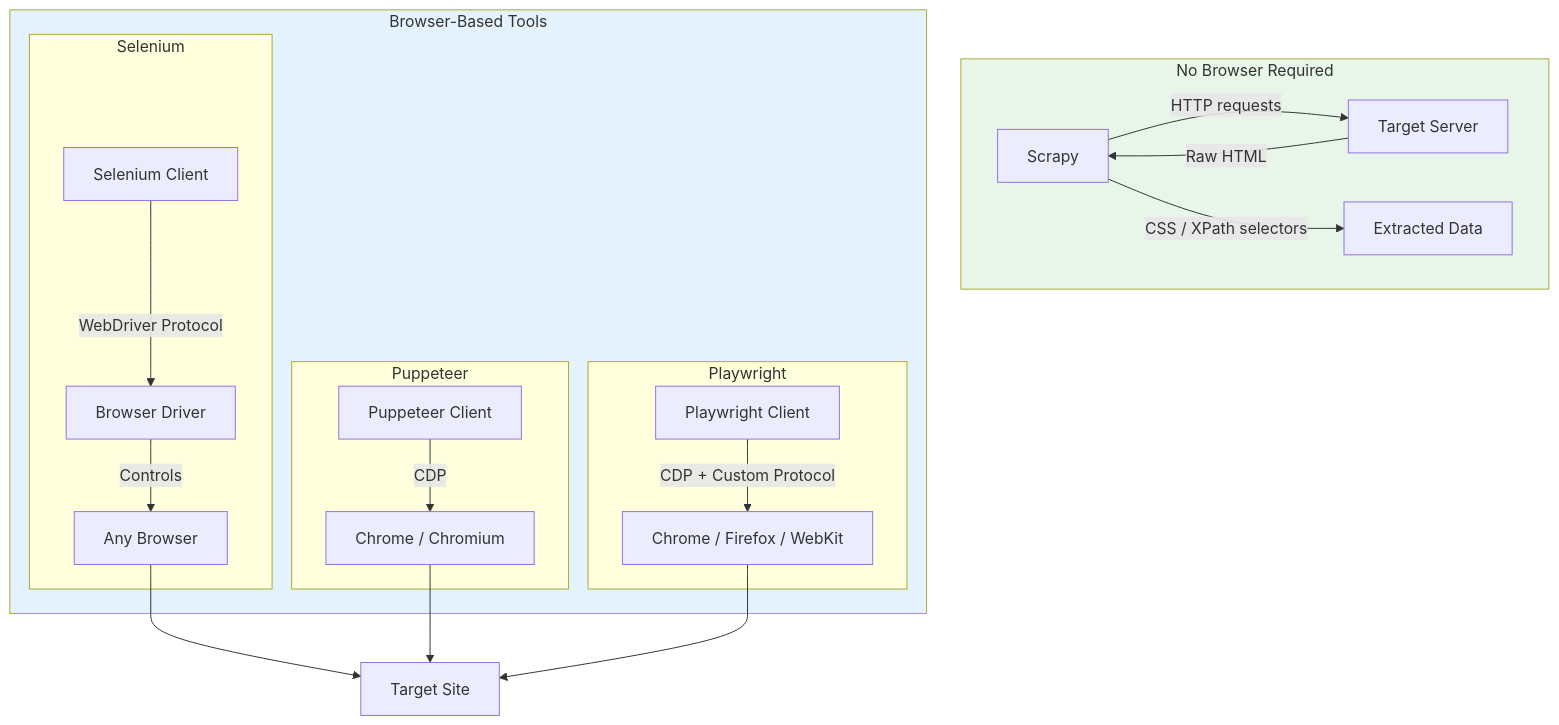
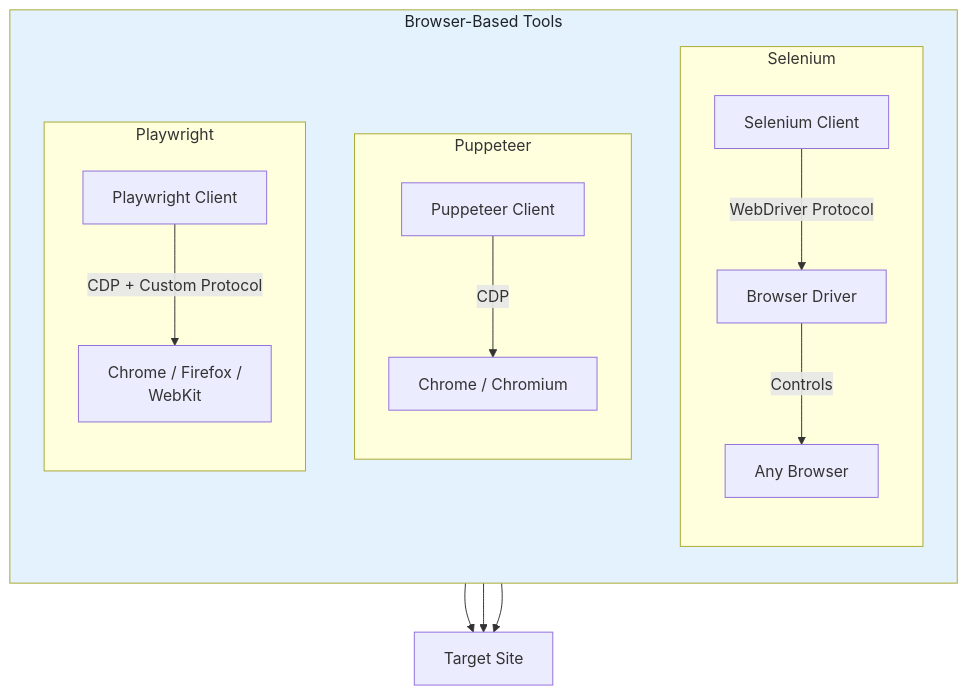
The second of 7 diagrams in _posts/2026-03-03-playwright-vs-puppeteer-vs-selenium-vs-scrapy-2026-mega-comparison.md (bytetunnels/bytetunnels.github.com), drawn with Mermaid before and after one commit. The commit also changed other lines of this file and 118 other files, not shown here.

Commit message:
feat: improve diagram styling and compact wide flowcharts

````diff
--- a/_posts/2026-03-03-playwright-vs-puppeteer-vs-selenium-vs-scrapy-2026-mega-comparison.md
+++ b/_posts/2026-03-03-playwright-vs-puppeteer-vs-selenium-vs-scrapy-2026-mega-comparison.md
@@ -19,31 +32,27 @@
 ```mermaid
 flowchart TD
-    subgraph NO_BROWSER["No Browser Required"]
-        SCRAPY["Scrapy"]
-        SCRAPY -->|"HTTP requests"| SERVER["Target Server"]
-        SERVER -->|"Raw HTML"| SCRAPY
-        SCRAPY -->|"CSS / XPath selectors"| DATA["Extracted Data"]
+    subgraph BROWSER_TOOLS["Browser-Based Tools"]
+        direction TB
+        subgraph SEL["Selenium"]
+            direction TB
+            SEL_CLIENT["Selenium Client"] -->|"WebDriver Protocol"| SEL_DRIVER["Browser Driver"]
+            SEL_DRIVER -->|"Controls"| SEL_BROWSER["Any Browser"]
     end
 
-    subgraph BROWSER_TOOLS["Browser-Based Tools"]
-        subgraph SEL["Selenium"]
-            SEL_CLIENT["Selenium Client"] -->|"WebDriver Protocol"| SEL_DRIVER["Browser Driver"]
-            SEL_DRIVER -->|"Controls"| SEL_BROWSER["Any Browser"]
-        end
-
         subgraph PUP["Puppeteer"]
+            direction TB
             PUP_CLIENT["Puppeteer Client"] -->|"CDP"| PUP_BROWSER["Chrome / Chromium"]
-        end
+    end
 
         subgraph PW["Playwright"]
-            PW_CLIENT["Playwright Client"] -->|"CDP + Custom Protocol"| PW_BROWSERS["Chrome / Firefox / WebKit"]
-        end
+            direction TB
+            PW_CLIENT["Playwright Client"] -->|"CDP + Custom Protocol"| PW_BROWSERS["Chrome / Firefox /<br/>WebKit"]
+    end
     end
 
     SEL_BROWSER --> TARGET["Target Site"]
     PUP_BROWSER --> TARGET
     PW_BROWSERS --> TARGET
 
-    style NO_BROWSER fill:#e8f5e9
-    style BROWSER_TOOLS fill:#e3f2fd
+    style BROWSER_TOOLS fill:#e3f2fd,color:#1f2328
 ```
````
